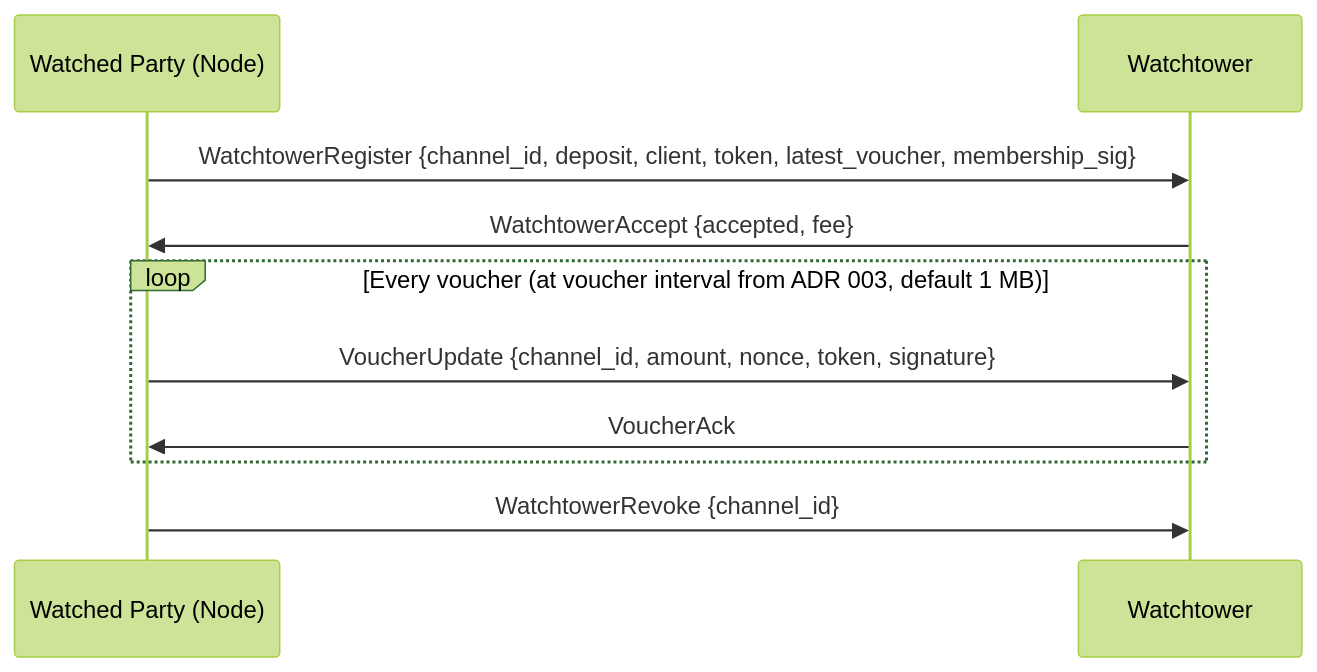
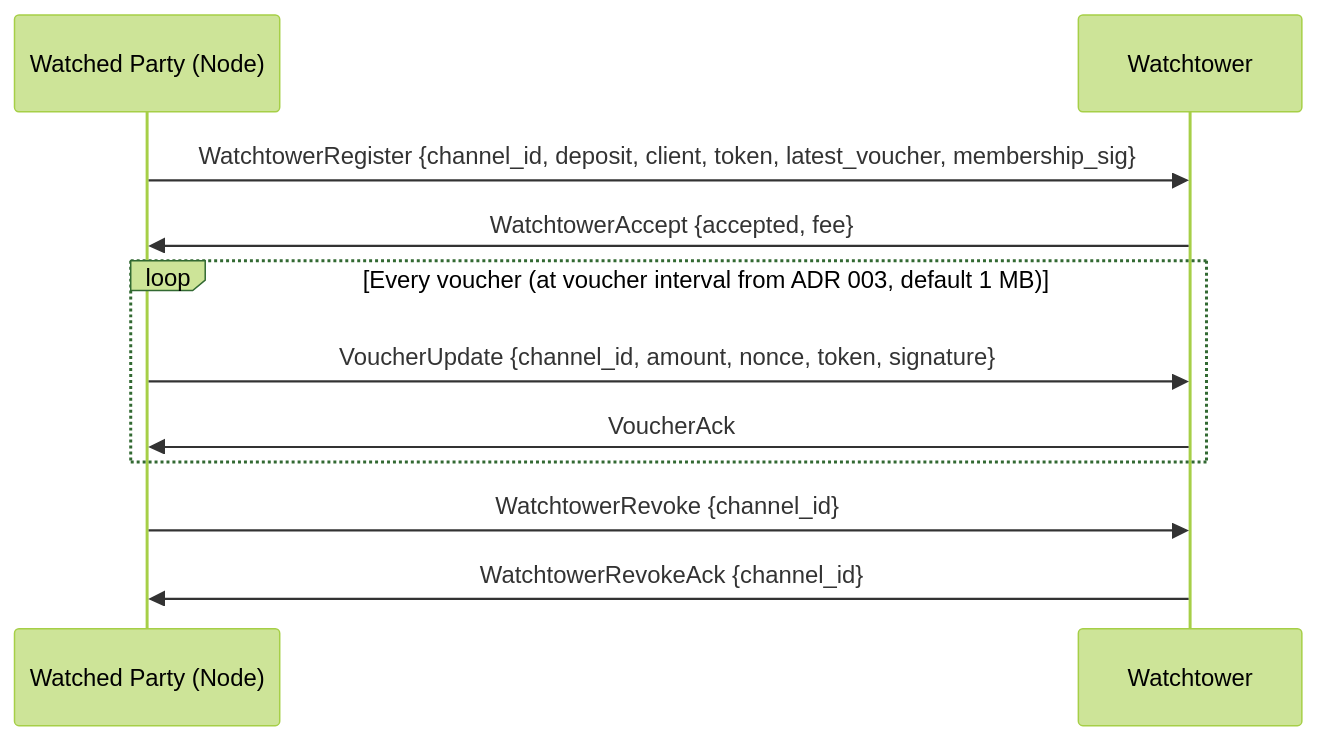
The third of 4 diagrams in adr/005-protocol.md (decdn/decdn), drawn with Mermaid (forest theme) before and after one commit. The commit also changed 6 other files, not shown here.

````diff
--- a/adr/005-protocol.md
+++ b/adr/005-protocol.md
@@ -151,15 +151,16 @@
 ```mermaid
 sequenceDiagram
     participant W as Watched Party (Node)
     participant T as Watchtower
 
     W->>T: WatchtowerRegister {channel_id, deposit, client, token, latest_voucher, membership_sig}
     T->>W: WatchtowerAccept {accepted, fee}
 
     loop Every voucher (at voucher interval from ADR 003, default 1 MB)
         W->>T: VoucherUpdate {channel_id, amount, nonce, token, signature}
         T->>W: VoucherAck
     end
 
     W->>T: WatchtowerRevoke {channel_id}
+    T->>W: WatchtowerRevokeAck {channel_id}
 ```
````
